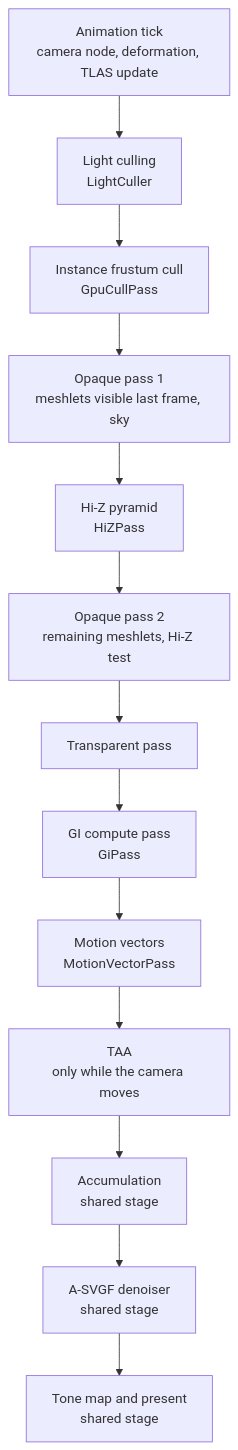
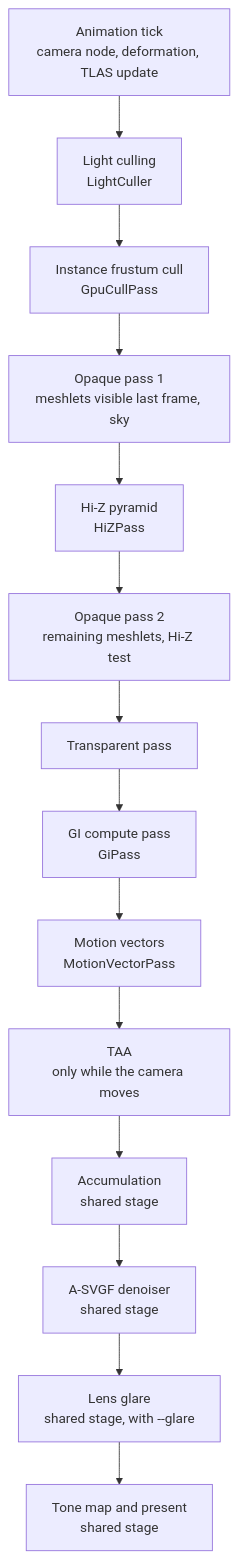
One commit to McNopper/Theia changed the second of 2 diagrams in README.md. Above: the diagram before and after it, drawn with Mermaid. The commit also changed other lines of this file and 14 other files, not shown here.

````diff
--- a/README.md
+++ b/README.md
@@ -154,15 +154,16 @@
 ```mermaid
 flowchart TD
     T["Animation tick<br/>camera node, deformation, TLAS update"] --> L["Light culling<br/>LightCuller"]
     L --> C["Instance frustum cull<br/>GpuCullPass"]
     C --> P1["Opaque pass 1<br/>meshlets visible last frame, sky"]
     P1 --> Z["Hi-Z pyramid<br/>HiZPass"]
     Z --> P2["Opaque pass 2<br/>remaining meshlets, Hi-Z test"]
     P2 --> TP["Transparent pass"]
     TP --> GI["GI compute pass<br/>GiPass"]
     GI --> MV["Motion vectors<br/>MotionVectorPass"]
     MV --> TAA["TAA<br/>only while the camera moves"]
     TAA --> ACC["Accumulation<br/>shared stage"]
     ACC --> DEN["A-SVGF denoiser<br/>shared stage"]
-    DEN --> TM["Tone map and present<br/>shared stage"]
+    DEN --> GLR["Lens glare<br/>shared stage, with --glare"]
+    GLR --> TM["Tone map and present<br/>shared stage"]
 ```
````
